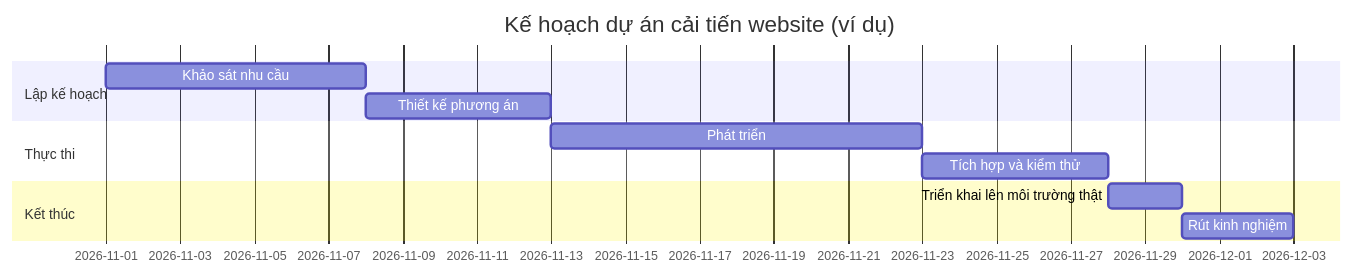
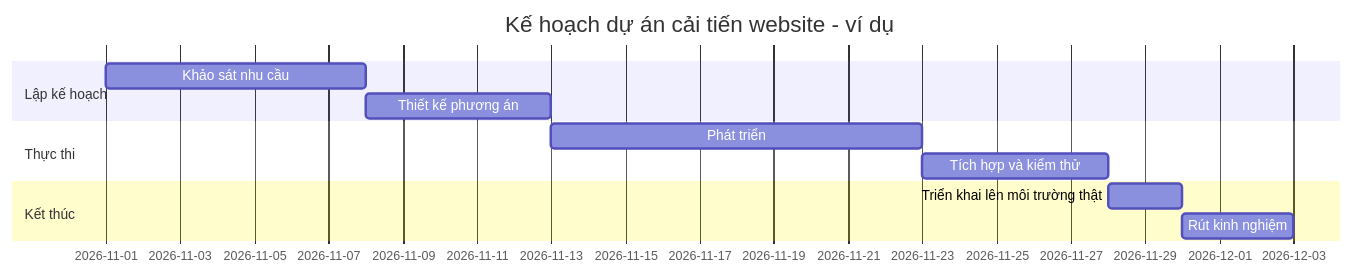
Before and after one commit to hoverwr-bit/management-methods: the sixth of 35 diagrams in README.vi.md, drawn with Mermaid. The commit also changed other lines of this file and 5 other files, not shown here.

````diff
--- a/README.vi.md
+++ b/README.vi.md
@@ -140,14 +145,14 @@
 ```mermaid
 gantt
-    title Kế hoạch dự án cải tiến website (ví dụ)
+    title Kế hoạch dự án cải tiến website - ví dụ
     dateFormat YYYY-MM-DD
     section Lập kế hoạch
     Khảo sát nhu cầu     :a1, 2026-11-01, 7d
     Thiết kế phương án     :a2, after a1, 5d
     section Thực thi
     Phát triển         :b1, after a2, 10d
     Tích hợp và kiểm thử     :b2, after b1, 5d
     section Kết thúc
     Triển khai lên môi trường thật     :c1, after b2, 2d
     Rút kinh nghiệm     :c2, after c1, 3d
 ```
````
